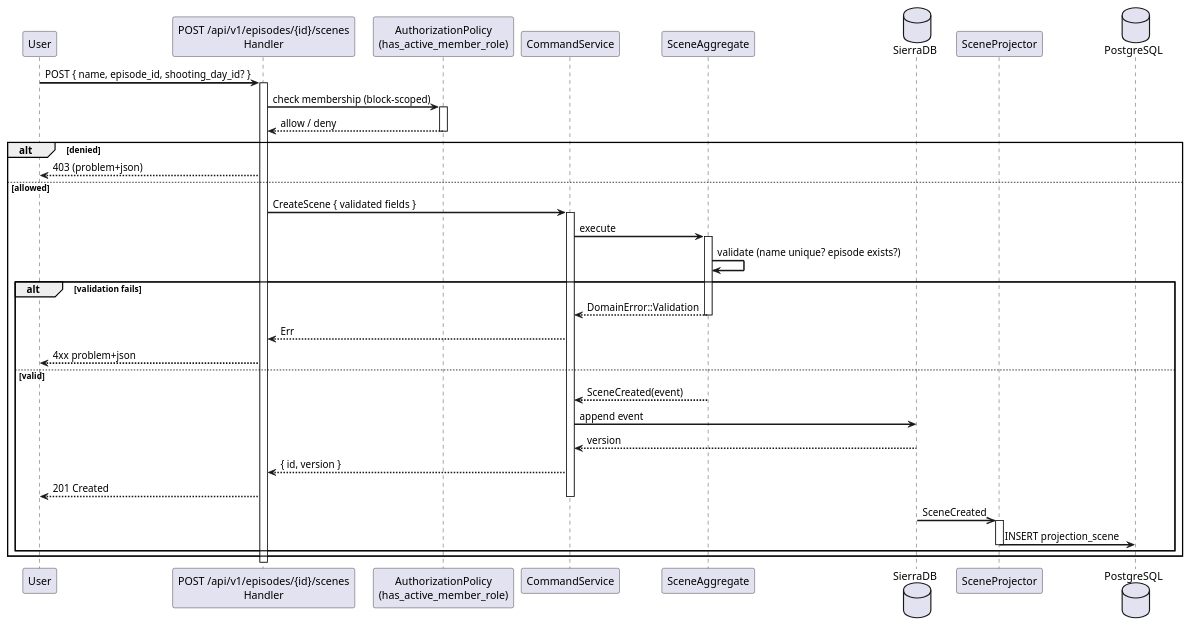
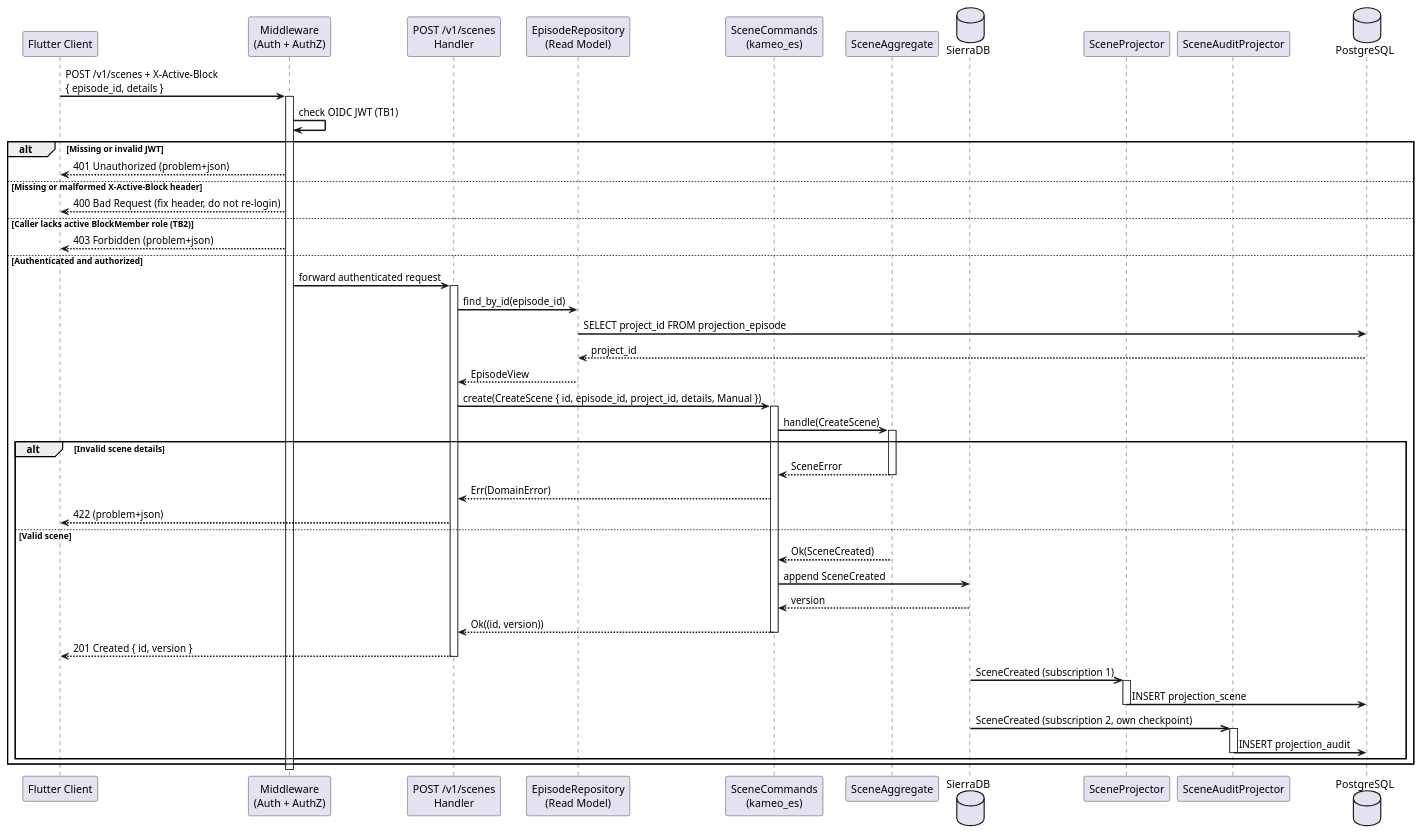
The diagram in backend/docs/architecture/diagrams/create-scene-sequence.puml (tradem/breakdown-rs), drawn with PlantUML before and after one commit. The commit also changed 26 other files, not shown here.

First line of the commit message:
docs(arc42): update monorepo architecture docs and adopt ASD-STE100 (#934)

```diff
--- a/backend/docs/architecture/diagrams/create-scene-sequence.puml
+++ b/backend/docs/architecture/diagrams/create-scene-sequence.puml
@@ -1,53 +1,70 @@
 @startuml create-scene-sequence
 ' SPDX-License-Identifier: AGPL-3.0
 ' Copyright (C) 2024-2026 Breakdown RS Contributors
 ' Co-authored-by: kimi-k3 (neuralwatt)
+' Co-authored-by: gemini-4-carbon (google)
 '
-' Runtime view: POST scene command with authz gate.
+' Runtime view: POST /v1/scenes with middleware authorization and audit context.
 
 skinparam shadowing false
 skinparam sequenceArrowThickness 2
 
-participant "User" as user
-participant "POST /api/v1/episodes/{id}/scenes\nHandler" as api
-participant "AuthorizationPolicy\n(has_active_member_role)" as authz
-participant "CommandService" as svc
+participant "Flutter Client" as client
+participant "Middleware\n(Auth + AuthZ)" as mw
+participant "POST /v1/scenes\nHandler" as api
+participant "EpisodeRepository\n(Read Model)" as repo
+participant "SceneCommands\n(kameo_es)" as svc
 participant "SceneAggregate" as agg
 database "SierraDB" as es
 participant "SceneProjector" as proj
+participant "SceneAuditProjector" as aproj
 database "PostgreSQL" as db
 
-user -> api : POST { name, episode_id, shooting_day_id? }
-activate api
-api -> authz : check membership (block-scoped)
-activate authz
-authz --> api : allow / deny
-deactivate authz
-alt denied
-  api --> user : 403 (problem+json)
-else allowed
-  api -> svc : CreateScene { validated fields }
+client -> mw : POST /v1/scenes + X-Active-Block\n{ episode_id, details }
+activate mw
+mw -> mw : check OIDC JWT (TB1)
+alt Missing or invalid JWT
+  mw --> client : 401 Unauthorized (problem+json)
+else Missing or malformed X-Active-Block header
+  mw --> client : 400 Bad Request (fix header, do not re-login)
+else Caller lacks active BlockMember role (TB2)
+  mw --> client : 403 Forbidden (problem+json)
+else Authenticated and authorized
+  mw -> api : forward authenticated request
+  activate api
+  api -> repo : find_by_id(episode_id)
+  repo -> db : SELECT project_id FROM projection_episode
+  db --> repo : project_id
+  repo --> api : EpisodeView
+  api -> svc : create(CreateScene { id, episode_id, project_id, details, Manual })
   activate svc
-  svc -> agg : execute
+  svc -> agg : handle(CreateScene)
   activate agg
-  agg -> agg : validate (name unique? episode exists?)
-  alt validation fails
-    agg --> svc : DomainError::Validation
+  alt Invalid scene details
+    agg --> svc : SceneError
     deactivate agg
-    svc --> api : Err
-    api --> user : 4xx problem+json
-  else valid
-    agg --> svc : SceneCreated(event)
+    svc --> api : Err(DomainError)
+    api --> client : 422 (problem+json)
+  else Valid scene
+    agg --> svc : Ok(SceneCreated)
     deactivate agg
-    svc -> es : append event
+    svc -> es : append SceneCreated
     es --> svc : version
-    svc --> api : { id, version }
-    api --> user : 201 Created
+    svc --> api : Ok((id, version))
     deactivate svc
-    es ->> proj : SceneCreated
+    api --> client : 201 Created { id, version }
+    deactivate api
+
+    es ->> proj : SceneCreated (subscription 1)
     activate proj
     proj -> db : INSERT projection_scene
     deactivate proj
+
+    es ->> aproj : SceneCreated (subscription 2, own checkpoint)
+    activate aproj
+    aproj -> db : INSERT projection_audit
+    deactivate aproj
   end
 end
+deactivate mw
 @enduml
```
